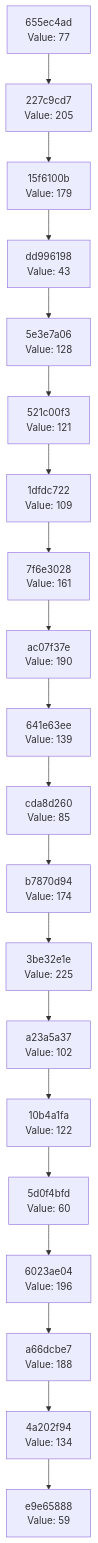
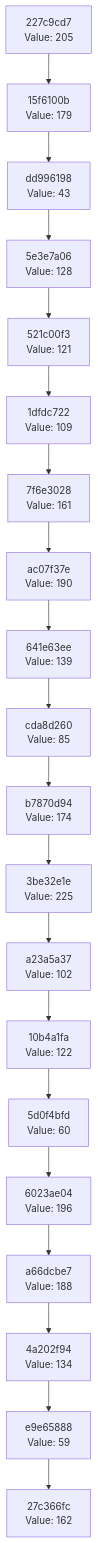
The diagram in docs/CHAIN_VISUALIZATION.md (Abhisheksinha1506/hash-chain-evolver), drawn with Mermaid before and after one commit. The commit also changed 3 other files, not shown here.

````diff
--- a/docs/CHAIN_VISUALIZATION.md
+++ b/docs/CHAIN_VISUALIZATION.md
@@ -3,42 +3,42 @@
 ```mermaid
 graph TD
-    C0["e9e65888<br/>Value: 59"]
-    C1["4a202f94<br/>Value: 134"]
+    C0["27c366fc<br/>Value: 162"]
+    C1["e9e65888<br/>Value: 59"]
     C1 --> C0
-    C2["a66dcbe7<br/>Value: 188"]
+    C2["4a202f94<br/>Value: 134"]
     C2 --> C1
-    C3["6023ae04<br/>Value: 196"]
+    C3["a66dcbe7<br/>Value: 188"]
     C3 --> C2
-    C4["5d0f4bfd<br/>Value: 60"]
+    C4["6023ae04<br/>Value: 196"]
     C4 --> C3
-    C5["10b4a1fa<br/>Value: 122"]
+    C5["5d0f4bfd<br/>Value: 60"]
     C5 --> C4
-    C6["a23a5a37<br/>Value: 102"]
+    C6["10b4a1fa<br/>Value: 122"]
     C6 --> C5
-    C7["3be32e1e<br/>Value: 225"]
+    C7["a23a5a37<br/>Value: 102"]
     C7 --> C6
-    C8["b7870d94<br/>Value: 174"]
+    C8["3be32e1e<br/>Value: 225"]
     C8 --> C7
-    C9["cda8d260<br/>Value: 85"]
+    C9["b7870d94<br/>Value: 174"]
     C9 --> C8
-    C10["641e63ee<br/>Value: 139"]
+    C10["cda8d260<br/>Value: 85"]
     C10 --> C9
-    C11["ac07f37e<br/>Value: 190"]
+    C11["641e63ee<br/>Value: 139"]
     C11 --> C10
-    C12["7f6e3028<br/>Value: 161"]
+    C12["ac07f37e<br/>Value: 190"]
     C12 --> C11
-    C13["1dfdc722<br/>Value: 109"]
+    C13["7f6e3028<br/>Value: 161"]
     C13 --> C12
-    C14["521c00f3<br/>Value: 121"]
+    C14["1dfdc722<br/>Value: 109"]
     C14 --> C13
-    C15["5e3e7a06<br/>Value: 128"]
+    C15["521c00f3<br/>Value: 121"]
     C15 --> C14
-    C16["dd996198<br/>Value: 43"]
+    C16["5e3e7a06<br/>Value: 128"]
     C16 --> C15
-    C17["15f6100b<br/>Value: 179"]
+    C17["dd996198<br/>Value: 43"]
     C17 --> C16
-    C18["227c9cd7<br/>Value: 205"]
+    C18["15f6100b<br/>Value: 179"]
     C18 --> C17
-    C19["655ec4ad<br/>Value: 77"]
+    C19["227c9cd7<br/>Value: 205"]
     C19 --> C18
 ```
````
